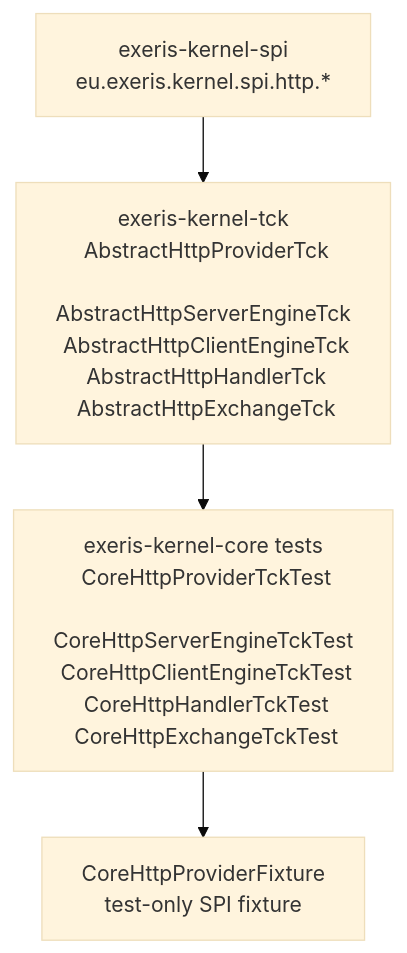
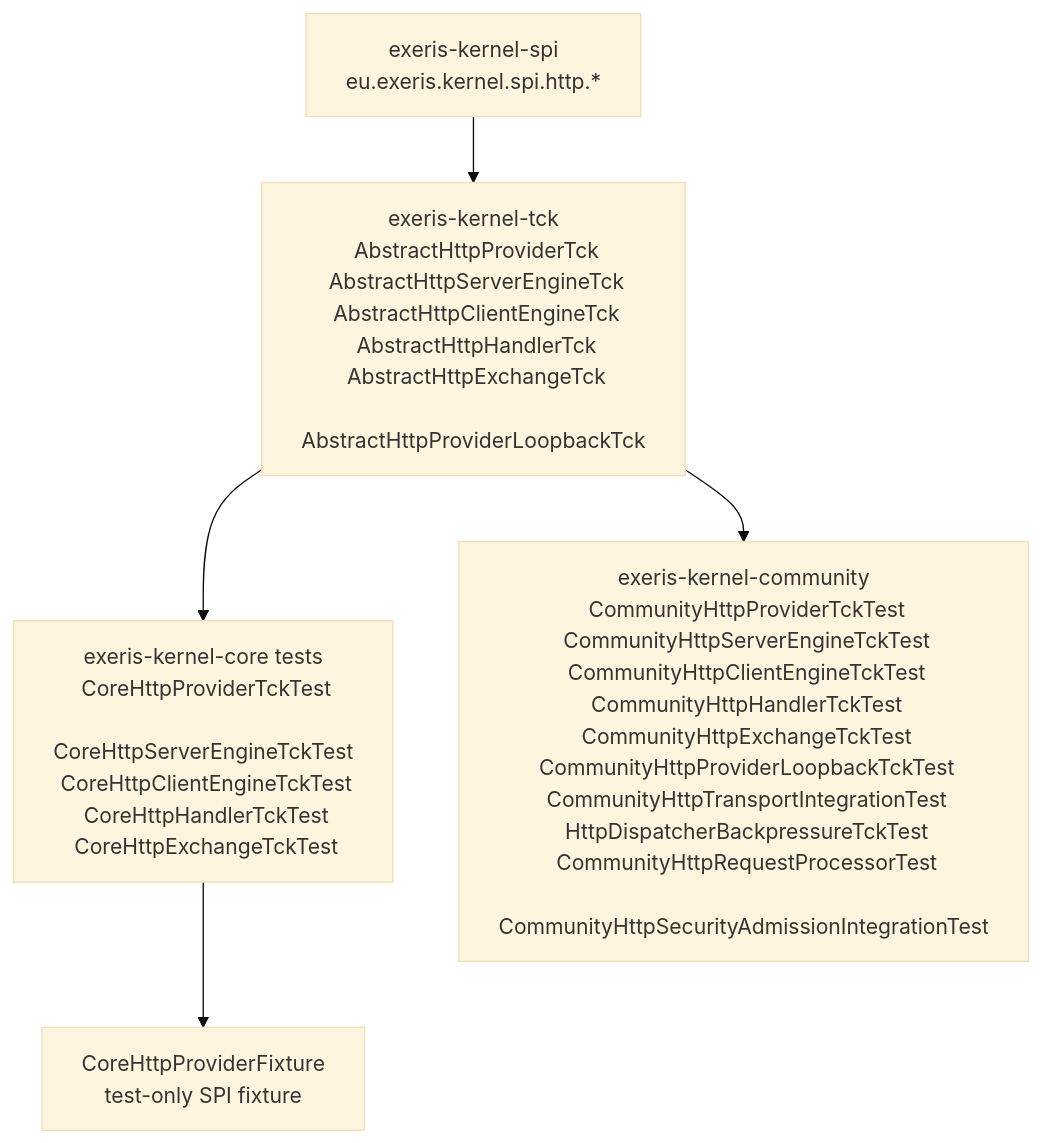
The diagram in docs/subsystems/http.md (exeris-systems/exeris-kernel), drawn with Mermaid (base theme) before and after one commit. The commit also changed other lines of this file and 18 other files, not shown here.

````diff
--- a/docs/subsystems/http.md
+++ b/docs/subsystems/http.md
@@ -87,11 +102,13 @@
 ```mermaid
 graph TD
   SPI[exeris-kernel-spi\n eu.exeris.kernel.spi.http.*]
-  TCK[exeris-kernel-tck\n AbstractHttpProviderTck\n AbstractHttpServerEngineTck\n AbstractHttpClientEngineTck\n AbstractHttpHandlerTck\n AbstractHttpExchangeTck]
+  TCK[exeris-kernel-tck\n AbstractHttpProviderTck\n AbstractHttpServerEngineTck\n AbstractHttpClientEngineTck\n AbstractHttpHandlerTck\n AbstractHttpExchangeTck\n AbstractHttpProviderLoopbackTck]
   CORETEST[exeris-kernel-core tests\n CoreHttpProviderTckTest\n CoreHttpServerEngineTckTest\n CoreHttpClientEngineTckTest\n CoreHttpHandlerTckTest\n CoreHttpExchangeTckTest]
   FIXTURE[CoreHttpProviderFixture\n test-only SPI fixture]
+  COMMUNITY[exeris-kernel-community\n CommunityHttpProviderTckTest\n CommunityHttpServerEngineTckTest\n CommunityHttpClientEngineTckTest\n CommunityHttpHandlerTckTest\n CommunityHttpExchangeTckTest\n CommunityHttpProviderLoopbackTckTest\n CommunityHttpTransportIntegrationTest\n HttpDispatcherBackpressureTckTest\n CommunityHttpRequestProcessorTest\n CommunityHttpSecurityAdmissionIntegrationTest]
 
   SPI --> TCK
   TCK --> CORETEST
   CORETEST --> FIXTURE
+  TCK --> COMMUNITY
 ```
````
